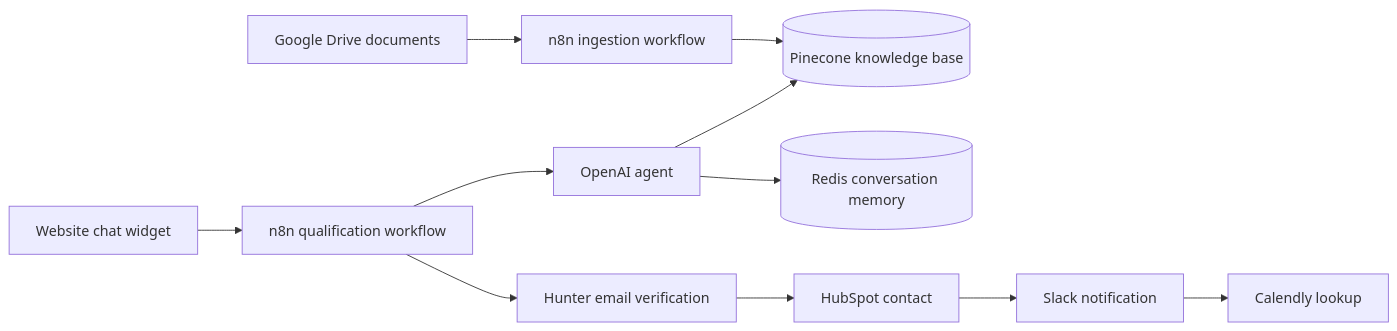
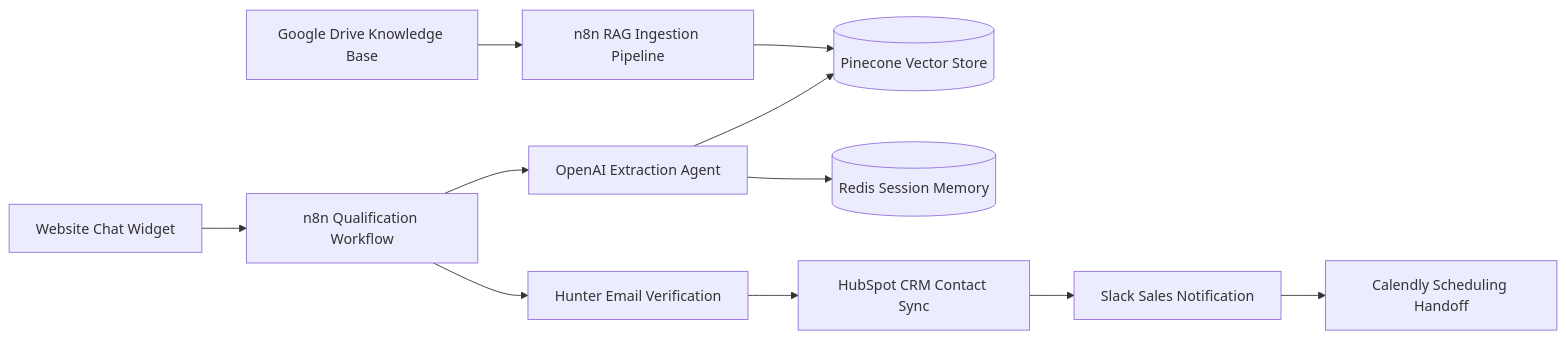
The diagram in README.md (mariamneffeti/lead-qualifier), drawn with Mermaid before and after one commit. The commit also changed other lines of this file and 4 other files, not shown here.

Commit message:
docs: modernize README with video walkthrough, architecture diagrams, and ignore internal notes

````diff
--- a/README.md
+++ b/README.md
@@ -24,13 +25,13 @@
 ```mermaid
 flowchart LR
-    D[Google Drive documents] --> R[n8n ingestion workflow]
-    R --> P[(Pinecone knowledge base)]
-    U[Website chat widget] --> W[n8n qualification workflow]
-    W --> A[OpenAI agent]
+    D[Google Drive Knowledge Base] --> R[n8n RAG Ingestion Pipeline]
+    R --> P[(Pinecone Vector Store)]
+    U[Website Chat Widget] --> W[n8n Qualification Workflow]
+    W --> A[OpenAI Extraction Agent]
     A --> P
-    A --> M[(Redis conversation memory)]
-    W --> H[Hunter email verification]
-    H --> C[HubSpot contact]
-    C --> S[Slack notification]
-    S --> L[Calendly lookup]
+    A --> M[(Redis Session Memory)]
+    W --> H[Hunter Email Verification]
+    H --> C[HubSpot CRM Contact Sync]
+    C --> S[Slack Sales Notification]
+    S --> L[Calendly Scheduling Handoff]
 ```
````
